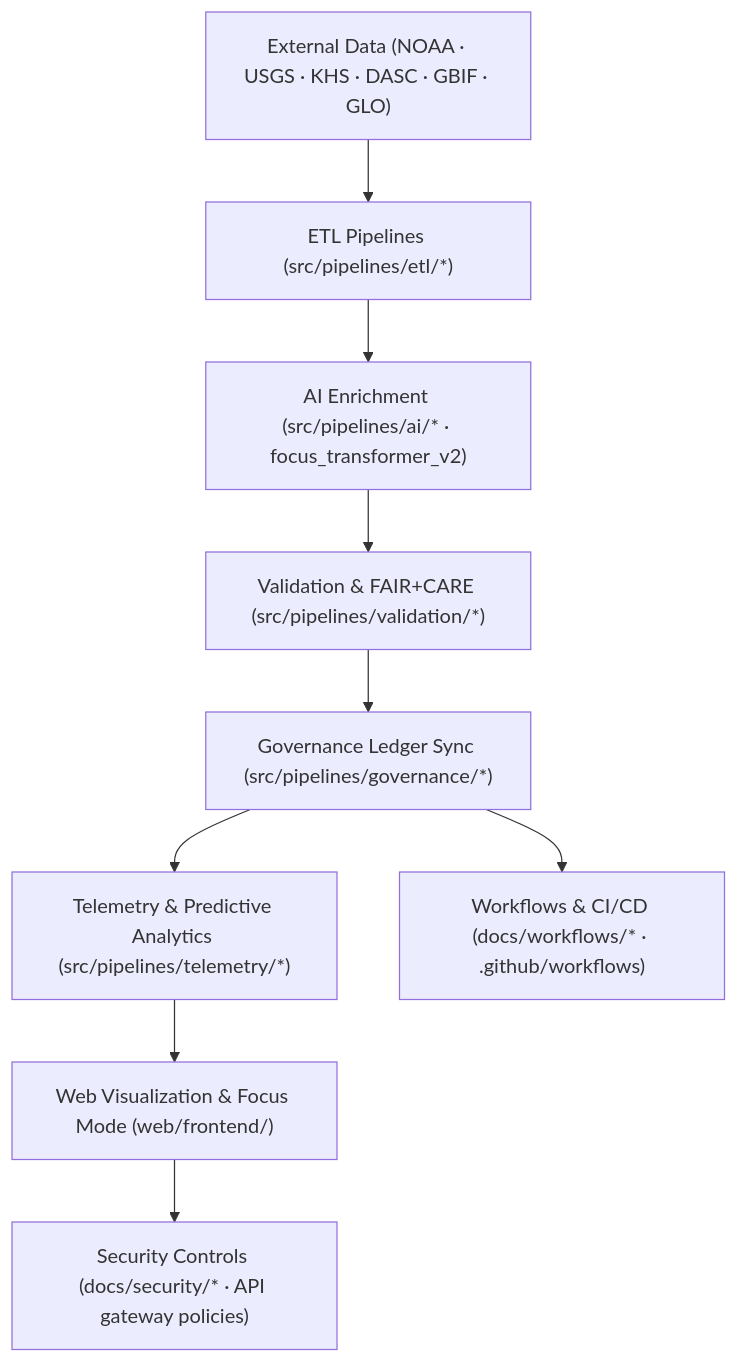
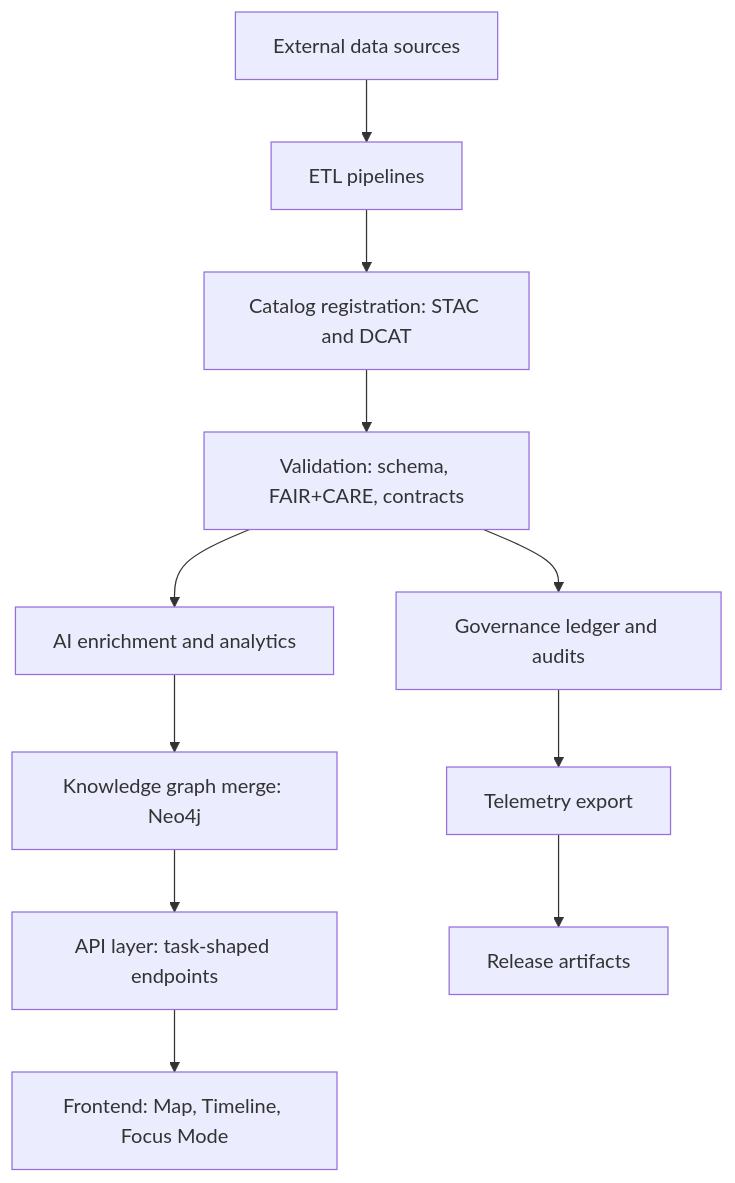
Before and after one commit to bartytime4life/Kansas-Frontier-Matrix: the diagram in docs/architecture/README.md, drawn with Mermaid. The commit also changed other lines of this file, not shown here.

````diff
--- a/docs/architecture/README.md
+++ b/docs/architecture/README.md
@@ -77,11 +196,13 @@
-```mermaid
+~~~mermaid
 flowchart TD
-    A["External Data (NOAA · USGS · KHS · DASC · GBIF · GLO)"] --> B["ETL Pipelines (src/pipelines/etl/*)"]
-    B --> C["AI Enrichment (src/pipelines/ai/* · focus_transformer_v2)"]
-    C --> D["Validation & FAIR+CARE (src/pipelines/validation/*)"]
-    D --> E["Governance Ledger Sync (src/pipelines/governance/*)"]
-    E --> F["Telemetry & Predictive Analytics (src/pipelines/telemetry/*)"]
-    F --> G["Web Visualization & Focus Mode (web/frontend/)"]
-    E --> H["Workflows & CI/CD (docs/workflows/* · .github/workflows)"]
-    G --> I["Security Controls (docs/security/* · API gateway policies)"]
-```
+  A[External data sources] --> B[ETL pipelines]
+  B --> C[Catalog registration: STAC and DCAT]
+  C --> D[Validation: schema, FAIR+CARE, contracts]
+  D --> E[AI enrichment and analytics]
+  E --> F[Knowledge graph merge: Neo4j]
+  F --> G[API layer: task-shaped endpoints]
+  G --> H[Frontend: Map, Timeline, Focus Mode]
+  D --> I[Governance ledger and audits]
+  I --> J[Telemetry export]
+  J --> K[Release artifacts]
+~~~
````
